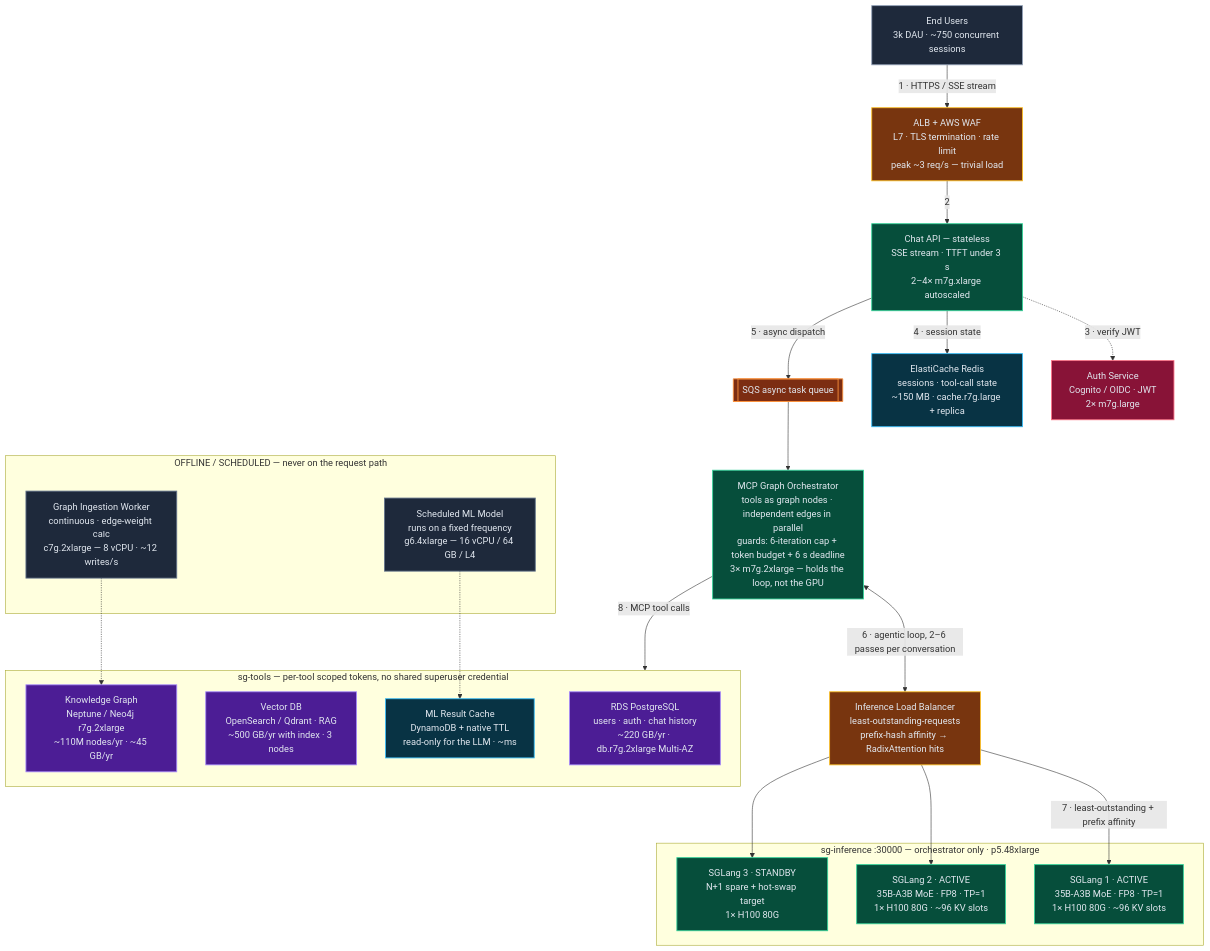
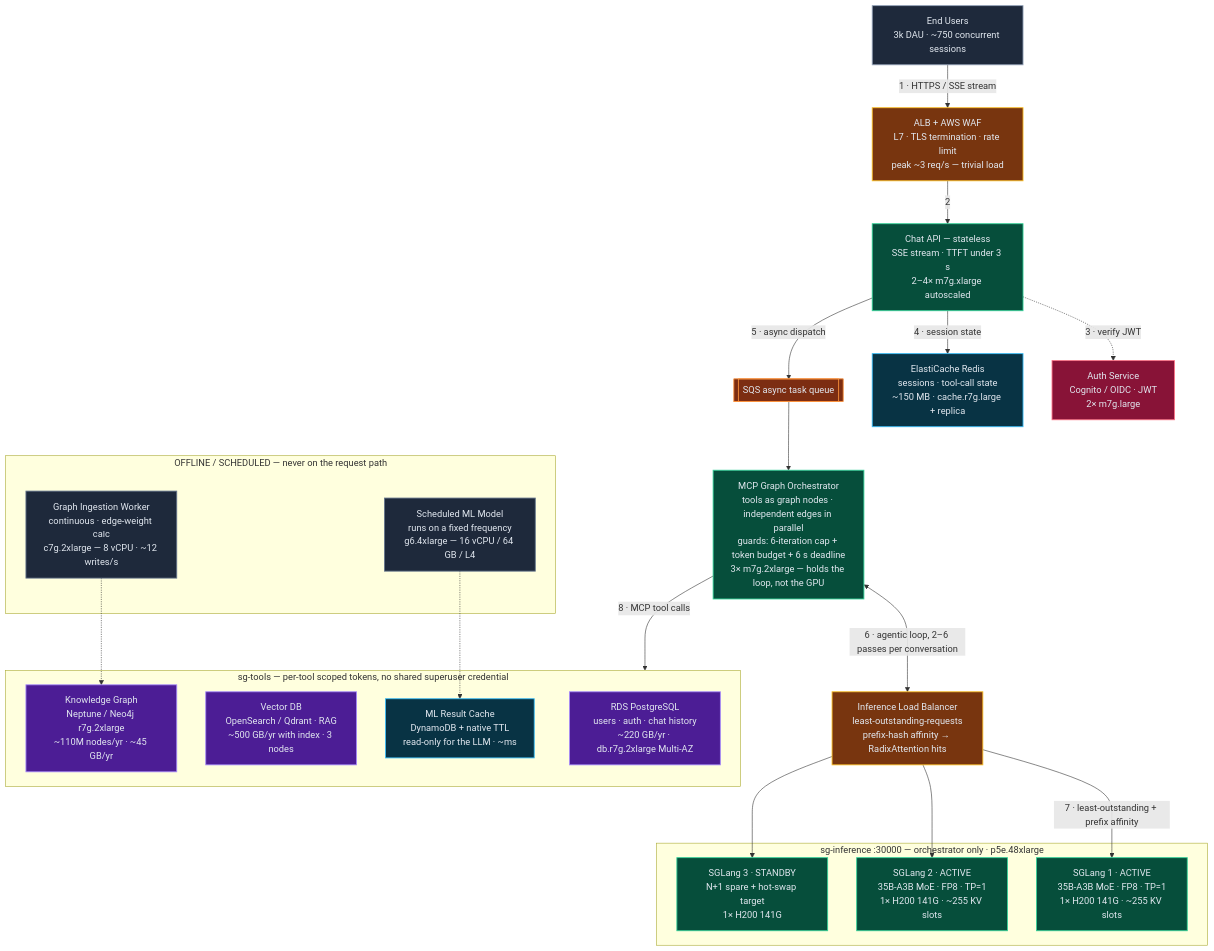
The first of 3 diagrams in deployment-architecture.md (AstronAgent/sys-estimation), drawn with Mermaid before and after one commit. The commit also changed other lines of this file and 9 other files, not shown here.

First line of the commit message:
docs: update deployment architecture and system requirements for Qwen3.6-35B-A3B platform

````diff
--- a/deployment-architecture.md
+++ b/deployment-architecture.md
@@ -18,61 +20,61 @@
 ```mermaid
 flowchart TB
     users["End Users<br/>3k DAU · ~750 concurrent sessions"]
     alb["ALB + AWS WAF<br/>L7 · TLS termination · rate limit<br/>peak ~3 req/s — trivial load"]
     auth["Auth Service<br/>Cognito / OIDC · JWT<br/>2× m7g.large"]
     api["Chat API — stateless<br/>SSE stream · TTFT under 3 s<br/>2–4× m7g.xlarge autoscaled"]
     redis["ElastiCache Redis<br/>sessions · tool-call state<br/>~150 MB · cache.r7g.large + replica"]
     sqs[["SQS async task queue"]]
     mcp["MCP Graph Orchestrator<br/>tools as graph nodes · independent edges in parallel<br/>guards: 6-iteration cap + token budget + 6 s deadline<br/>3× m7g.2xlarge — holds the loop, not the GPU"]
     ilb["Inference Load Balancer<br/>least-outstanding-requests<br/>prefix-hash affinity → RadixAttention hits"]
 
-    subgraph gpupool["sg-inference :30000 — orchestrator only · p5.48xlarge"]
-        s1["SGLang 1 · ACTIVE<br/>35B-A3B MoE · FP8 · TP=1<br/>1× H100 80G · ~96 KV slots"]
-        s2["SGLang 2 · ACTIVE<br/>35B-A3B MoE · FP8 · TP=1<br/>1× H100 80G · ~96 KV slots"]
-        s3["SGLang 3 · STANDBY<br/>N+1 spare + hot-swap target<br/>1× H100 80G"]
+    subgraph gpupool["sg-inference :30000 — orchestrator only · p5e.48xlarge"]
+        s1["SGLang 1 · ACTIVE<br/>35B-A3B MoE · FP8 · TP=1<br/>1× H200 141G · ~255 KV slots"]
+        s2["SGLang 2 · ACTIVE<br/>35B-A3B MoE · FP8 · TP=1<br/>1× H200 141G · ~255 KV slots"]
+        s3["SGLang 3 · STANDBY<br/>N+1 spare + hot-swap target<br/>1× H200 141G"]
     end
 
     subgraph toolsvc["sg-tools — per-tool scoped tokens, no shared superuser credential"]
         pg["RDS PostgreSQL<br/>users · auth · chat history<br/>~220 GB/yr · db.r7g.2xlarge Multi-AZ"]
         vec["Vector DB<br/>OpenSearch / Qdrant · RAG<br/>~500 GB/yr with index · 3 nodes"]
         kg["Knowledge Graph<br/>Neptune / Neo4j r7g.2xlarge<br/>~110M nodes/yr · ~45 GB/yr"]
         mlc["ML Result Cache<br/>DynamoDB + native TTL<br/>read-only for the LLM · ~ms"]
     end
 
     subgraph offline["OFFLINE / SCHEDULED — never on the request path"]
         giw["Graph Ingestion Worker<br/>continuous · edge-weight calc<br/>c7g.2xlarge — 8 vCPU · ~12 writes/s"]
         sml["Scheduled ML Model<br/>runs on a fixed frequency<br/>g6.4xlarge — 16 vCPU / 64 GB / L4"]
     end
 
     users -->|"1 · HTTPS / SSE stream"| alb
     alb -->|"2"| api
     api -.->|"3 · verify JWT"| auth
     api -->|"4 · session state"| redis
     api -->|"5 · async dispatch"| sqs
     sqs --> mcp
     mcp <-->|"6 · agentic loop, 2–6 passes per conversation"| ilb
     ilb -->|"7 · least-outstanding + prefix affinity"| s1
     ilb --> s2
     ilb --> s3
     mcp -->|"8 · MCP tool calls"| toolsvc
     giw -.-> kg
     sml -.-> mlc
 
     classDef svc fill:#064e3b,stroke:#34d399,stroke-width:1.5px,color:#e2e8f0
     classDef db fill:#4c1d95,stroke:#a78bfa,stroke-width:1.5px,color:#e2e8f0
     classDef lb fill:#78350f,stroke:#fbbf24,stroke-width:1.5px,color:#e2e8f0
     classDef sec fill:#881337,stroke:#fb7185,stroke-width:1.5px,color:#e2e8f0
     classDef cache fill:#083344,stroke:#38bdf8,stroke-width:1.5px,color:#e2e8f0
     classDef queue fill:#7c2d12,stroke:#fb923c,stroke-width:1.5px,color:#e2e8f0
     classDef job fill:#1e293b,stroke:#64748b,stroke-width:1.5px,color:#e2e8f0
     classDef ext fill:#1e293b,stroke:#94a3b8,stroke-width:1.5px,color:#e2e8f0
 
     class users ext
     class alb,ilb lb
     class auth sec
     class api,mcp,s1,s2,s3 svc
     class redis,mlc cache
     class sqs queue
     class pg,vec,kg db
     class giw,sml job
 ```
````
